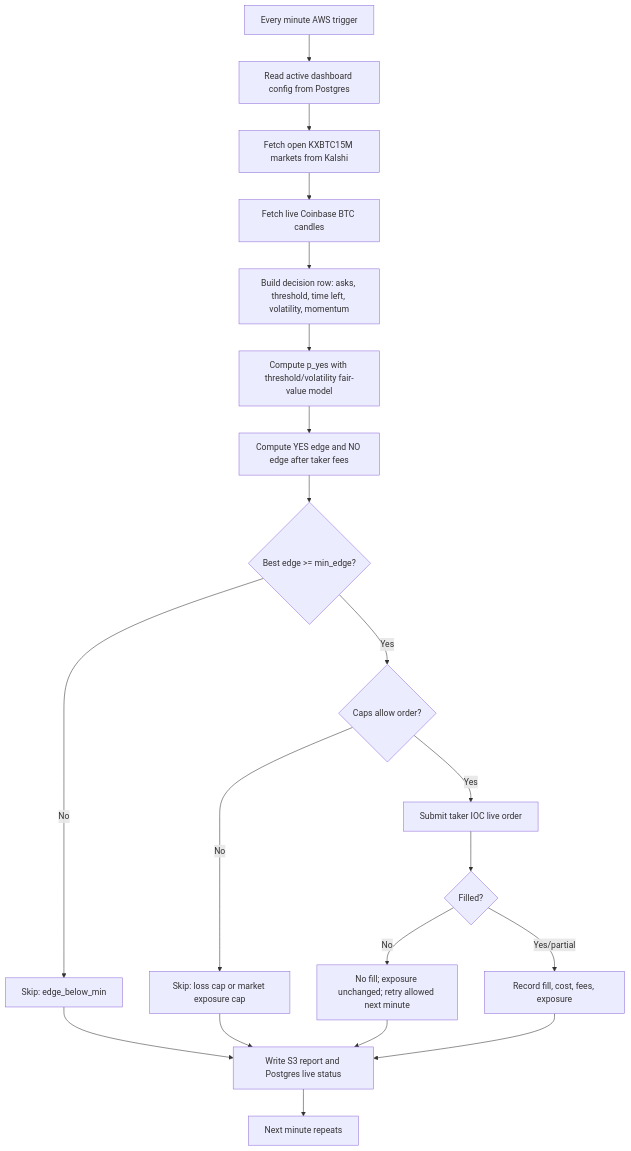
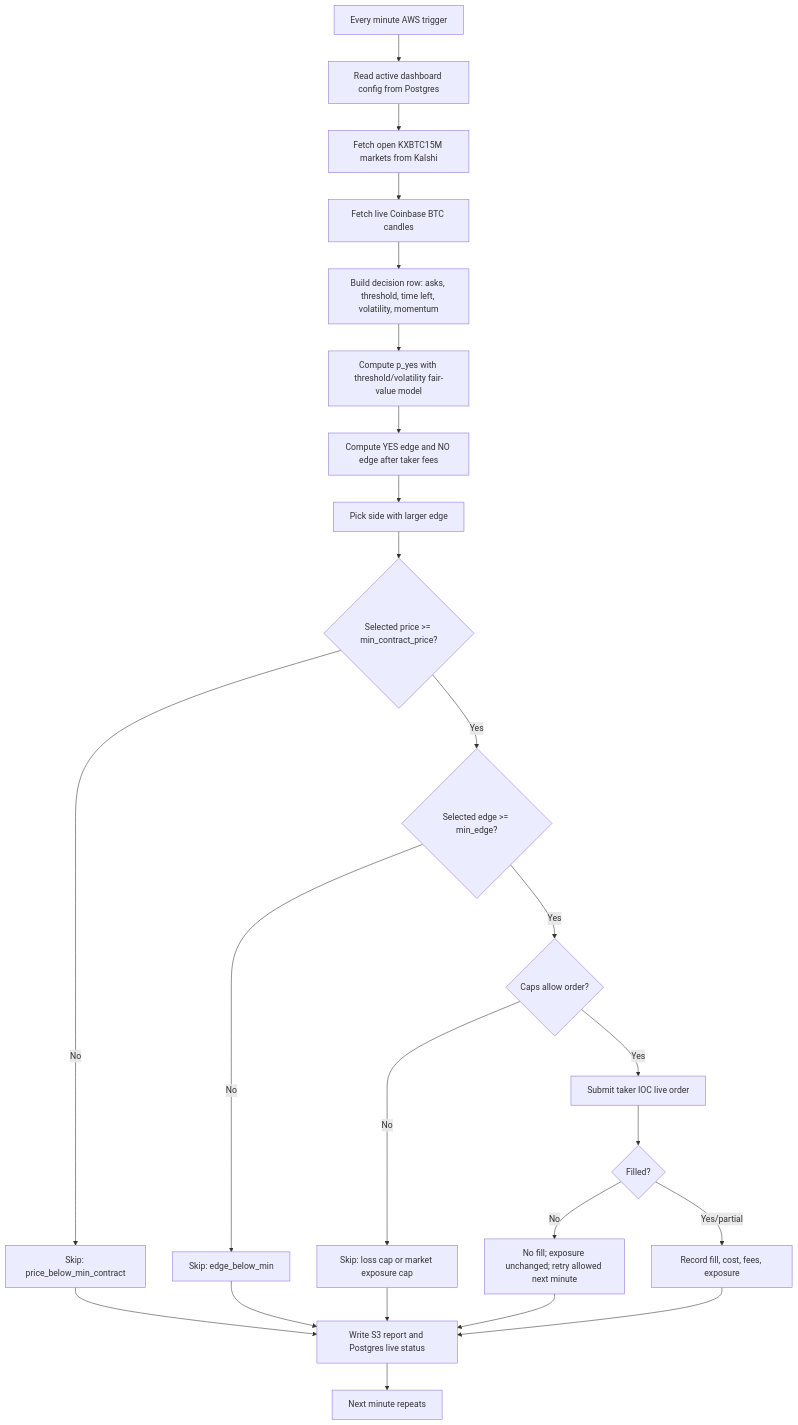
The diagram in docs/strategy/fair-value-live-strategy.md (sidmohan0/alphadb), drawn with Mermaid before and after one commit. The commit also changed other lines of this file and 14 other files, not shown here.

Commit message:
feat: add live min contract price floor

````diff
--- a/docs/strategy/fair-value-live-strategy.md
+++ b/docs/strategy/fair-value-live-strategy.md
@@ -77,22 +80,26 @@
 ```mermaid
 flowchart TD
     A["Every minute AWS trigger"] --> B["Read active dashboard config from Postgres"]
     B --> C["Fetch open KXBTC15M markets from Kalshi"]
     C --> D["Fetch live Coinbase BTC candles"]
     D --> E["Build decision row: asks, threshold, time left, volatility, momentum"]
     E --> F["Compute p_yes with threshold/volatility fair-value model"]
     F --> G["Compute YES edge and NO edge after taker fees"]
-    G --> H{"Best edge >= min_edge?"}
-    H -- "No" --> I["Skip: edge_below_min"]
-    H -- "Yes" --> J{"Caps allow order?"}
-    J -- "No" --> K["Skip: loss cap or market exposure cap"]
-    J -- "Yes" --> L["Submit taker IOC live order"]
-    L --> M{"Filled?"}
-    M -- "No" --> N["No fill; exposure unchanged; retry allowed next minute"]
-    M -- "Yes/partial" --> O["Record fill, cost, fees, exposure"]
-    N --> P["Write S3 report and Postgres live status"]
-    O --> P
-    I --> P
-    K --> P
-    P --> Q["Next minute repeats"]
+    G --> H["Pick side with larger edge"]
+    H --> I{"Selected price >= min_contract_price?"}
+    I -- "No" --> J["Skip: price_below_min_contract"]
+    I -- "Yes" --> K{"Selected edge >= min_edge?"}
+    K -- "No" --> L["Skip: edge_below_min"]
+    K -- "Yes" --> M{"Caps allow order?"}
+    M -- "No" --> N["Skip: loss cap or market exposure cap"]
+    M -- "Yes" --> O["Submit taker IOC live order"]
+    O --> P{"Filled?"}
+    P -- "No" --> Q["No fill; exposure unchanged; retry allowed next minute"]
+    P -- "Yes/partial" --> R["Record fill, cost, fees, exposure"]
+    Q --> S["Write S3 report and Postgres live status"]
+    R --> S
+    J --> S
+    L --> S
+    N --> S
+    S --> T["Next minute repeats"]
 ```
````
